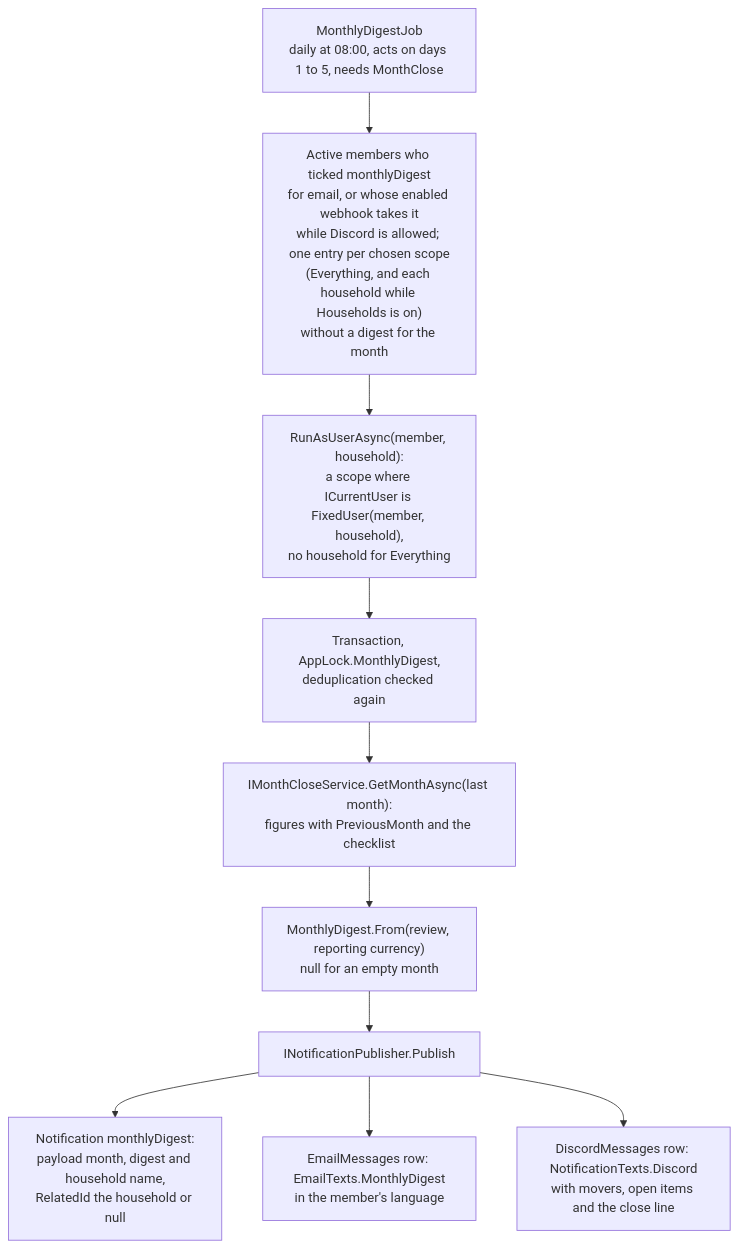
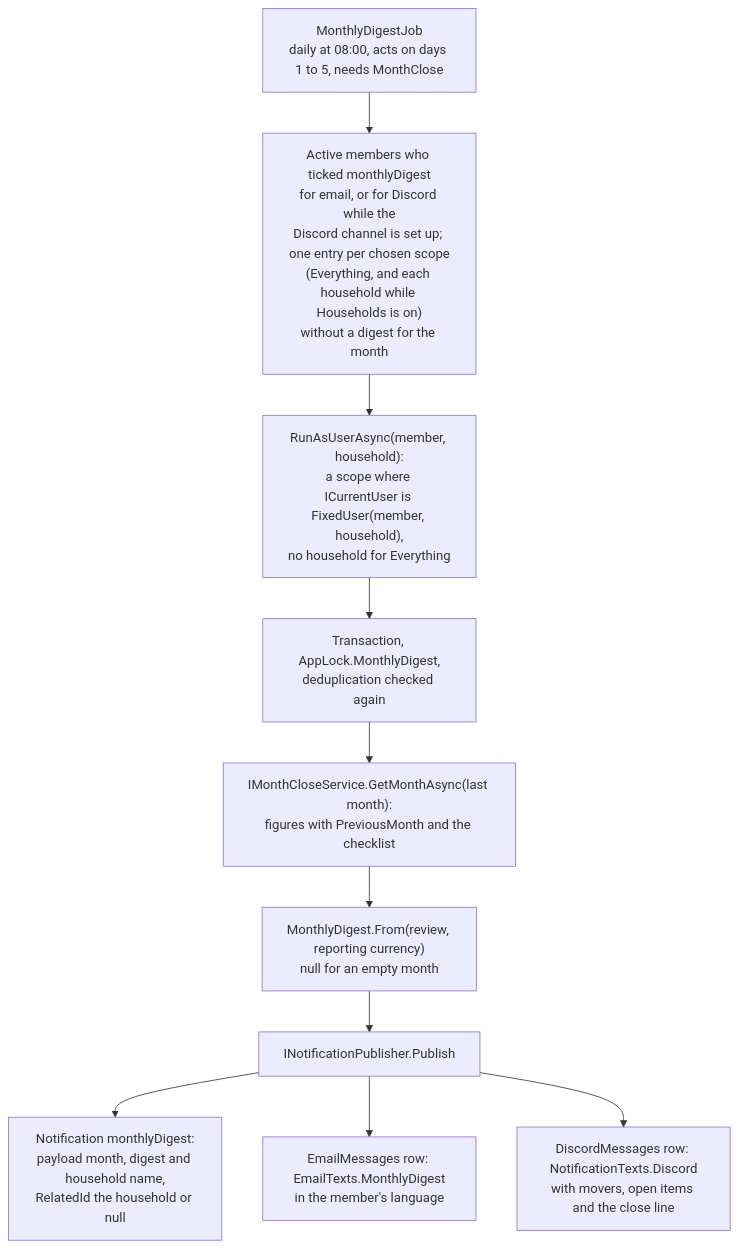
The diagram in docs/features/monthly-digest.md (Justxs/Jx-Finance), drawn with Mermaid before and after one commit. The commit also changed other lines of this file and 196 other files, not shown here.

````diff
--- a/docs/features/monthly-digest.md
+++ b/docs/features/monthly-digest.md
@@ -9,12 +9,12 @@
 ```mermaid
 flowchart TD
-    Job["MonthlyDigestJob<br/>daily at 08:00, acts on days 1 to 5, needs MonthClose"] --> Pick["Active members who ticked monthlyDigest<br/>for email, or whose enabled webhook takes it<br/>while Discord is allowed; one entry per chosen scope<br/>(Everything, and each household while Households is on)<br/>without a digest for the month"]
+    Job["MonthlyDigestJob<br/>daily at 08:00, acts on days 1 to 5, needs MonthClose"] --> Pick["Active members who ticked monthlyDigest<br/>for email, or for Discord while the<br/>Discord channel is set up; one entry per chosen scope<br/>(Everything, and each household while Households is on)<br/>without a digest for the month"]
     Pick --> Scope["RunAsUserAsync(member, household):<br/>a scope where ICurrentUser is FixedUser(member, household),<br/>no household for Everything"]
     Scope --> Lock["Transaction, AppLock.MonthlyDigest,<br/>deduplication checked again"]
     Lock --> Review["IMonthCloseService.GetMonthAsync(last month):<br/>figures with PreviousMonth and the checklist"]
     Review --> Build["MonthlyDigest.From(review, reporting currency)<br/>null for an empty month"]
     Build --> Pub["INotificationPublisher.Publish"]
     Pub --> Row["Notification monthlyDigest:<br/>payload month, digest and household name,<br/>RelatedId the household or null"]
     Pub --> Mail["EmailMessages row: EmailTexts.MonthlyDigest<br/>in the member's language"]
     Pub --> Discord["DiscordMessages row: NotificationTexts.Discord<br/>with movers, open items and the close line"]
 ```
````
